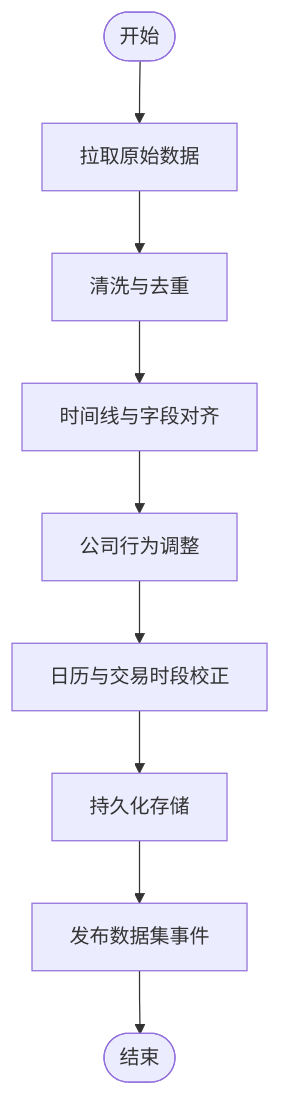
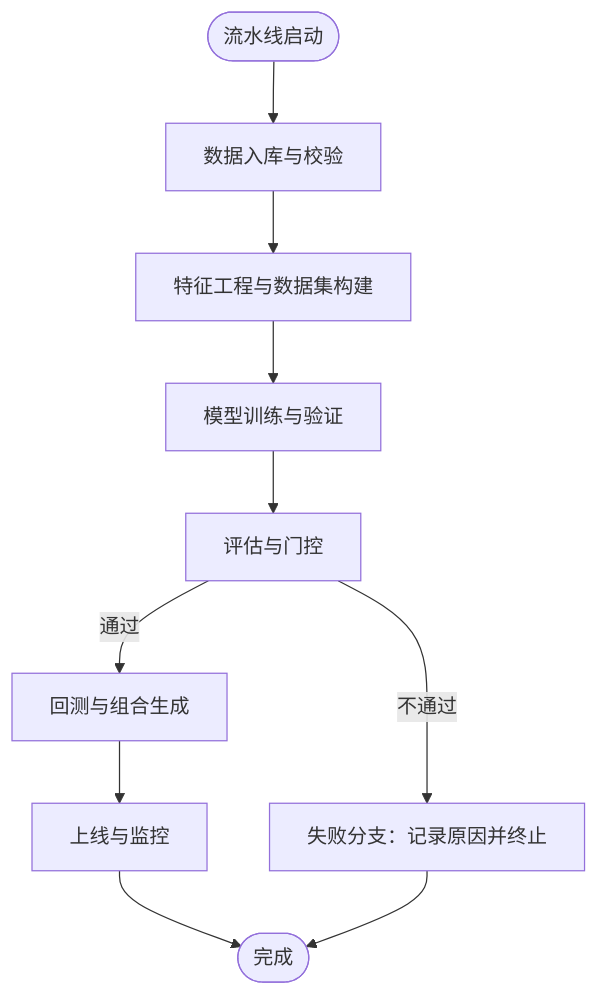
Before and after one commit to DeathLimbo/quan_mcp: the third of 4 diagrams in .qoder/repowiki/zh/content/项目概述/项目概述.md, drawn with Mermaid. The commit also changed other lines of this file and 238 other files, not shown here.

````diff
--- a/.qoder/repowiki/zh/content/项目概述/项目概述.md
+++ b/.qoder/repowiki/zh/content/项目概述/项目概述.md
@@ -331,11 +206,12 @@
 ```mermaid
 flowchart TD
-Start(["开始"]) --> Fetch["拉取原始数据"]
-Fetch --> Clean["清洗与去重"]
-Clean --> Align["时间线与字段对齐"]
-Align --> CorpAction["公司行为调整"]
-CorpAction --> Calendar["日历与交易时段校正"]
-Calendar --> Persist["持久化存储"]
-Persist --> Publish["发布数据集事件"]
-Publish --> End(["结束"])
+Start(["流水线启动"]) --> Ingest["数据入库与校验"]
+Ingest --> Feature["特征工程与数据集构建"]
+Feature --> Train["模型训练与验证"]
+Train --> Eval["评估与门控"]
+Eval --> |通过| Backtest["回测与组合生成"]
+Eval --> |不通过| GateFail["失败分支：记录原因并终止"]
+Backtest --> Monitor["上线与监控"]
+Monitor --> End(["完成"])
+GateFail --> End
 ```
````
